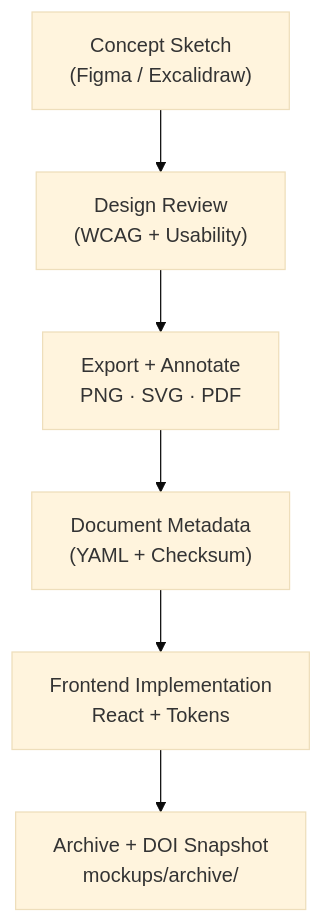
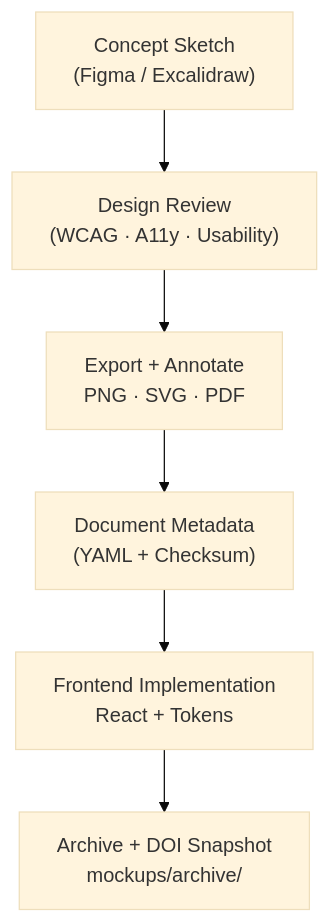
Before and after one commit to bartytime4life/Kansas-Frontier-Matrix: the first of 2 diagrams in docs/design/mockups/README.md, drawn with Mermaid (base theme). The commit also changed other lines of this file, not shown here.

````diff
--- a/docs/design/mockups/README.md
+++ b/docs/design/mockups/README.md
@@ -110,8 +113,8 @@
 ```mermaid
 flowchart TD
-  A["Concept Sketch\n(Figma / Excalidraw)"] --> B["Design Review\n(WCAG + Usability)"]
+  A["Concept Sketch\n(Figma / Excalidraw)"] --> B["Design Review\n(WCAG · A11y · Usability)"]
   B --> C["Export + Annotate\nPNG · SVG · PDF"]
   C --> D["Document Metadata\n(YAML + Checksum)"]
   D --> E["Frontend Implementation\nReact + Tokens"]
   E --> F["Archive + DOI Snapshot\nmockups/archive/"]
 ```
````
